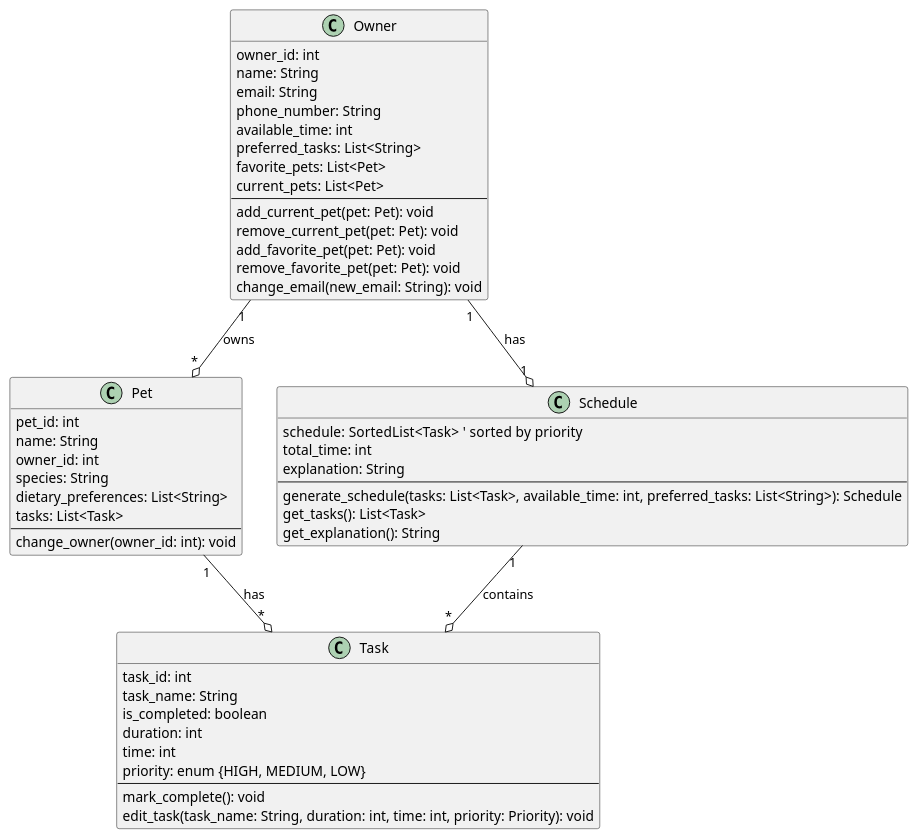
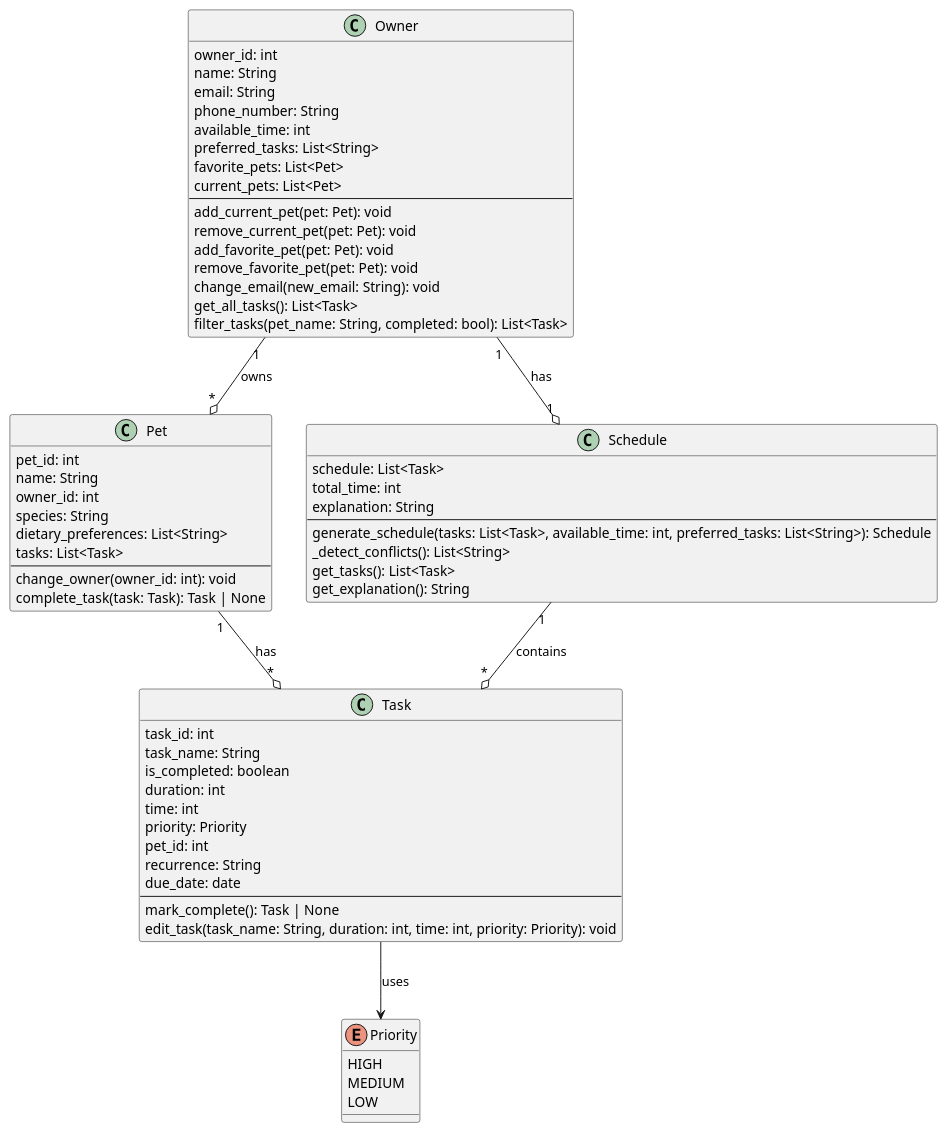
Before and after one commit to shamshertamang/ai110-module2show-pawpal-starter: the diagram in uml_diagram.puml, drawn with PlantUML. The commit also changed 5 other files, not shown here.

```diff
--- a/uml_diagram.puml
+++ b/uml_diagram.puml
@@ -1,60 +1,72 @@
 @startuml PawPal+
+
+enum Priority {
+    HIGH
+    MEDIUM
+    LOW
+}
 
 class Owner {
     owner_id: int
     name: String
     email: String
     phone_number: String
     available_time: int
     preferred_tasks: List<String>
     favorite_pets: List<Pet>
     current_pets: List<Pet>
     --
-    add_current_pet(pet: Pet): void                              
-    remove_current_pet(pet: Pet): void                    
-    add_favorite_pet(pet: Pet): void                      
-    remove_favorite_pet(pet: Pet): void                   
-    change_email(new_email: String): void 
+    add_current_pet(pet: Pet): void
+    remove_current_pet(pet: Pet): void
+    add_favorite_pet(pet: Pet): void
+    remove_favorite_pet(pet: Pet): void
+    change_email(new_email: String): void
+    get_all_tasks(): List<Task>
+    filter_tasks(pet_name: String, completed: bool): List<Task>
 }
 
 class Pet {
     pet_id: int
     name: String
     owner_id: int
     species: String
     dietary_preferences: List<String>
     tasks: List<Task>
     --
     change_owner(owner_id: int): void
+    complete_task(task: Task): Task | None
 }
 
 class Task {
     task_id: int
     task_name: String
     is_completed: boolean
     duration: int
     time: int
-    priority: enum {HIGH, MEDIUM, LOW}
+    priority: Priority
+    pet_id: int
+    recurrence: String
+    due_date: date
     --
-    mark_complete(): void
+    mark_complete(): Task | None
     edit_task(task_name: String, duration: int, time: int, priority: Priority): void
 }
 
-
 class Schedule {
-    schedule: SortedList<Task>  ' sorted by priority
+    schedule: List<Task>
     total_time: int
     explanation: String
     --
     generate_schedule(tasks: List<Task>, available_time: int, preferred_tasks: List<String>): Schedule
+    _detect_conflicts(): List<String>
     get_tasks(): List<Task>
     get_explanation(): String
 }
 
 Owner "1" --o "*" Pet : owns
-Owner "1" --o "1" Schedule : has                                                                          
-Pet "1" --o "*" Task : has                                                                            
-Schedule "1" --o "*" Task : contains 
-
+Owner "1" --o "1" Schedule : has
+Pet "1" --o "*" Task : has
+Schedule "1" --o "*" Task : contains
+Task --> Priority : uses
 
 @enduml
```
